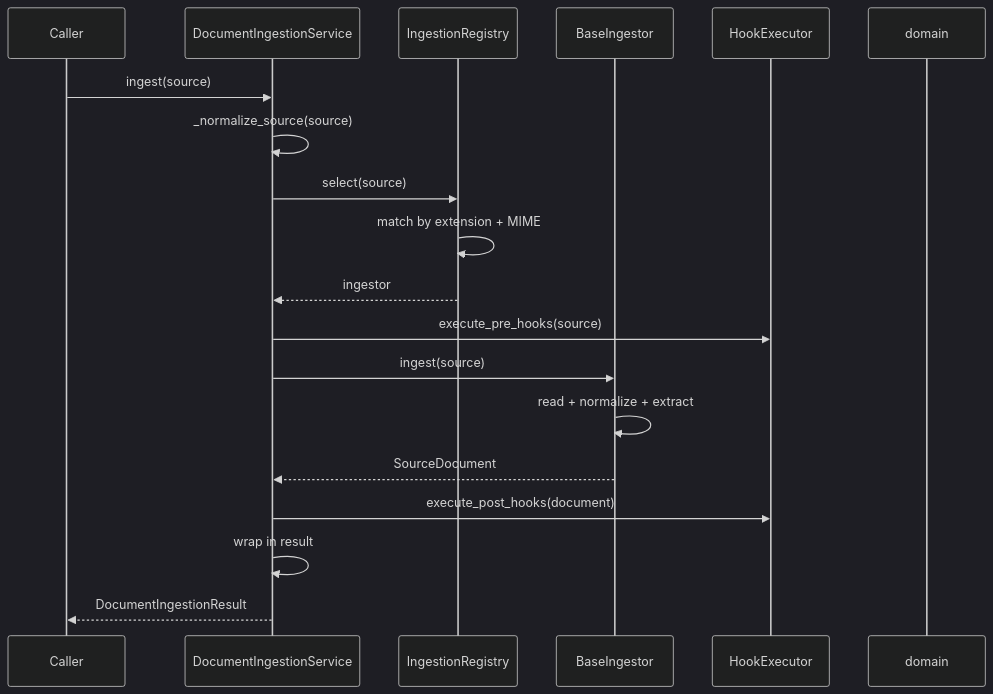
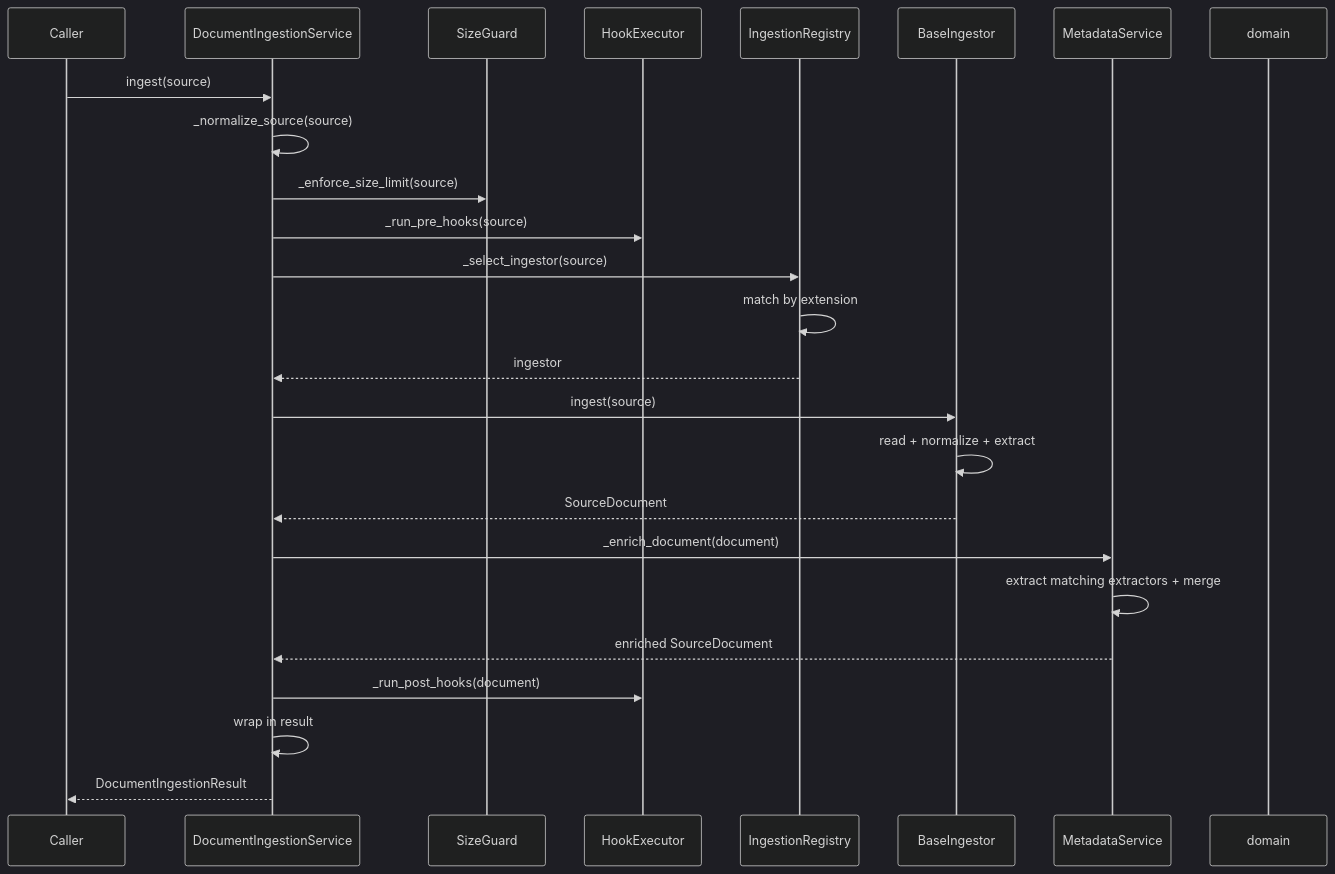
The second of 15 diagrams in docs/MASTER_ENGINEERING_DESIGN_DOCUMENT.md (GiridharBM/AI-Memory), drawn with Mermaid (dark theme) before and after one commit. The commit also changed other lines of this file and 325 other files, not shown here.

````diff
--- a/docs/MASTER_ENGINEERING_DESIGN_DOCUMENT.md
+++ b/docs/MASTER_ENGINEERING_DESIGN_DOCUMENT.md
@@ -412,22 +439,28 @@
 ```mermaid
 sequenceDiagram
     participant C as Caller
     participant S as DocumentIngestionService
+    participant G as SizeGuard
+    participant H as HookExecutor
     participant R as IngestionRegistry
     participant I as BaseIngestor
-    participant H as HookExecutor
+    participant M as MetadataService
     participant D as domain
 
     C->>S: ingest(source)
     S->>S: _normalize_source(source)
-    S->>R: select(source)
-    R->>R: match by extension + MIME
+    S->>G: _enforce_size_limit(source)
+    S->>H: _run_pre_hooks(source)
+    S->>R: _select_ingestor(source)
+    R->>R: match by extension
     R-->>S: ingestor
-    S->>H: execute_pre_hooks(source)
     S->>I: ingest(source)
     I->>I: read + normalize + extract
     I-->>S: SourceDocument
-    S->>H: execute_post_hooks(document)
+    S->>M: _enrich_document(document)
+    M->>M: extract matching extractors + merge
+    M-->>S: enriched SourceDocument
+    S->>H: _run_post_hooks(document)
     S->>S: wrap in result
     S-->>C: DocumentIngestionResult
 ```
````
